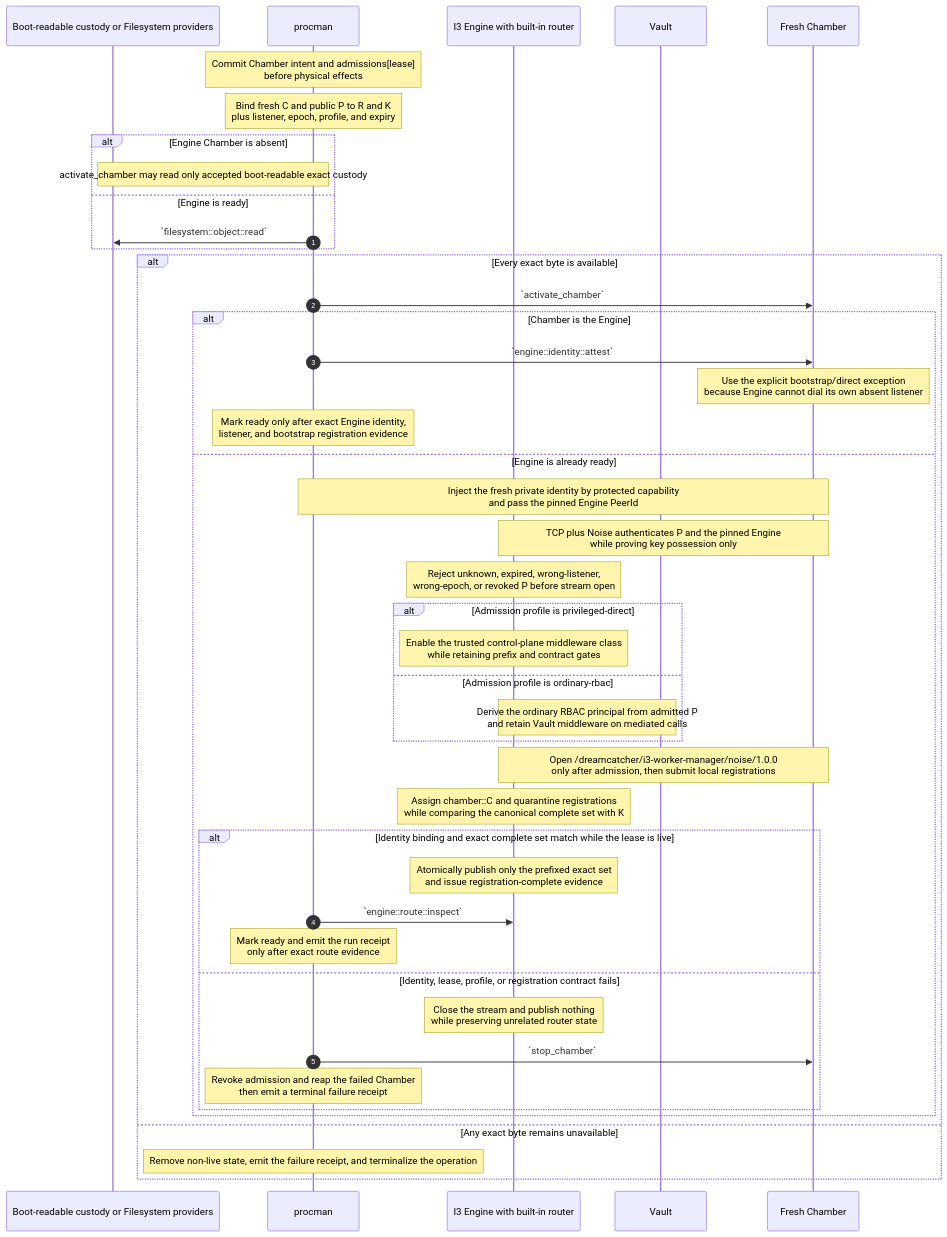
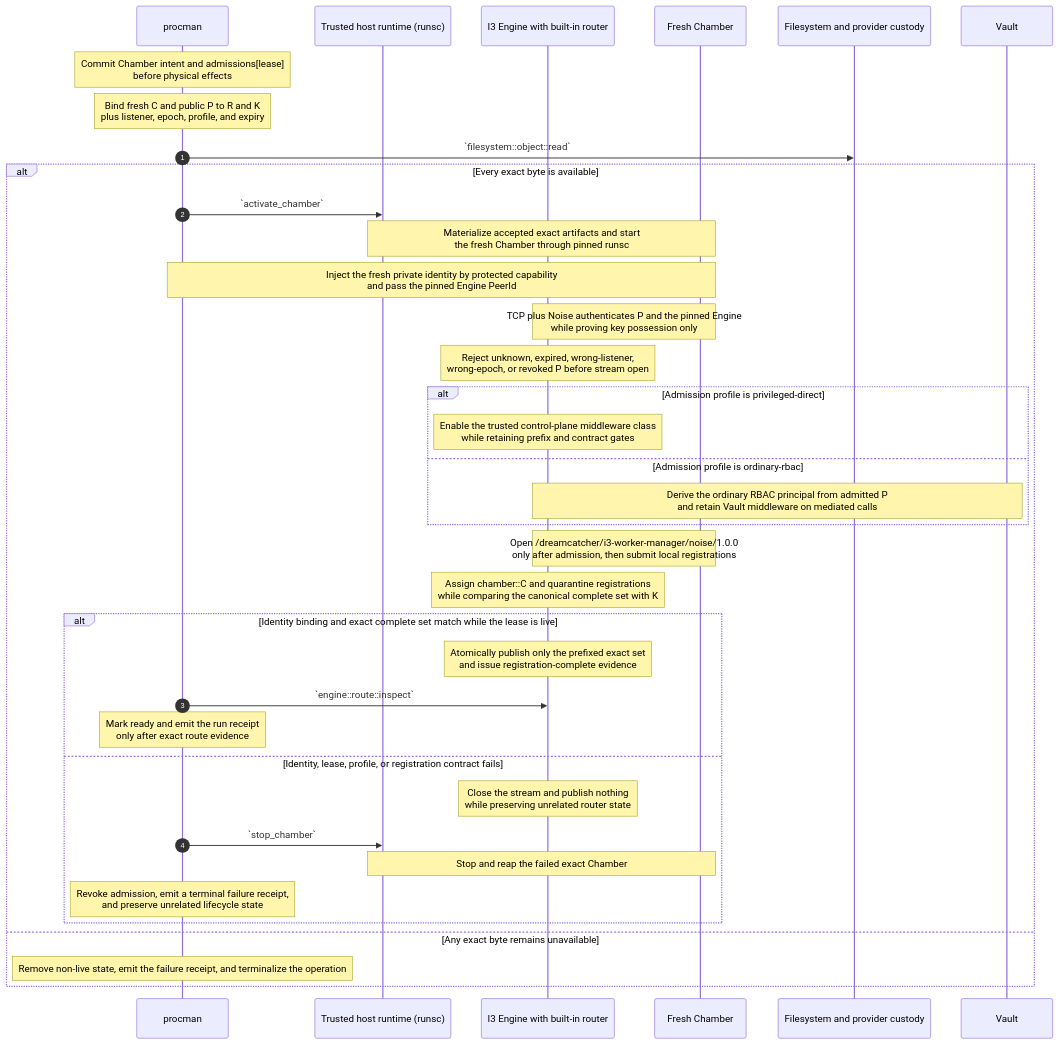
One commit to dreamcatcher-tech/chambers-lifecycle-explorer changed the second of 11 diagrams in source/chambers-lifecycle-sequences.md. Above: the diagram before and after it, drawn with Mermaid. The commit also changed other lines of this file and 9 other files, not shown here.

````diff
--- a/source/chambers-lifecycle-sequences.md
+++ b/source/chambers-lifecycle-sequences.md
@@ -420,49 +443,41 @@
 ```mermaid
 sequenceDiagram
     autonumber
-    participant Custody as Boot-readable custody or Filesystem providers
     participant procman
+    participant Runtime as Trusted host runtime (runsc)
     participant Engine as I3 Engine with built-in router
+    participant Chamber as Fresh Chamber
+    participant Custody as Filesystem and provider custody
     participant Vault
-    participant Chamber as Fresh Chamber
 
     Note over procman: Commit Chamber intent and admissions[lease]<br/>before physical effects
     Note over procman: Bind fresh C and public P to R and K<br/>plus listener, epoch, profile, and expiry
-
-    alt Engine Chamber is absent
-        Note over procman,Custody: activate_chamber may read only accepted boot-readable exact custody
-    else Engine is ready
-        procman->>Custody: `filesystem::object::read`
-    end
+    procman->>Custody: `filesystem::object::read`
 
     alt Every exact byte is available
-        procman->>Chamber: `activate_chamber`
-        alt Chamber is the Engine
-            procman->>Chamber: `engine::identity::attest`
-            Note over Chamber: Use the explicit bootstrap/direct exception<br/>because Engine cannot dial its own absent listener
-            Note over procman: Mark ready only after exact Engine identity,<br/>listener, and bootstrap registration evidence
-        else Engine is already ready
-            Note over procman,Chamber: Inject the fresh private identity by protected capability<br/>and pass the pinned Engine PeerId
-            Note over Chamber,Engine: TCP plus Noise authenticates P and the pinned Engine<br/>while proving key possession only
-            Note over Engine: Reject unknown, expired, wrong-listener,<br/>wrong-epoch, or revoked P before stream open
-            alt Admission profile is privileged-direct
-                Note over Engine: Enable the trusted control-plane middleware class<br/>while retaining prefix and contract gates
-            else Admission profile is ordinary-rbac
-                Note over Engine,Vault: Derive the ordinary RBAC principal from admitted P<br/>and retain Vault middleware on mediated calls
-            end
-            Note over Chamber,Engine: Open /dreamcatcher/i3-worker-manager/noise/1.0.0<br/>only after admission, then submit local registrations
-            Note over Engine: Assign chamber::C and quarantine registrations<br/>while comparing the canonical complete set with K
-            alt Identity binding and exact complete set match while the lease is live
-                Note over Engine: Atomically publish only the prefixed exact set<br/>and issue registration-complete evidence
-                procman->>Engine: `engine::route::inspect`
-                Note over procman: Mark ready and emit the run receipt<br/>only after exact route evidence
-            else Identity, lease, profile, or registration contract fails
-                Note over Engine: Close the stream and publish nothing<br/>while preserving unrelated router state
-                procman->>Chamber: `stop_chamber`
-                Note over procman: Revoke admission and reap the failed Chamber<br/>then emit a terminal failure receipt
-            end
+        procman->>Runtime: `activate_chamber`
+        Note over Runtime,Chamber: Materialize accepted exact artifacts and start<br/>the fresh Chamber through pinned runsc
+        Note over procman,Chamber: Inject the fresh private identity by protected capability<br/>and pass the pinned Engine PeerId
+        Note over Chamber,Engine: TCP plus Noise authenticates P and the pinned Engine<br/>while proving key possession only
+        Note over Engine: Reject unknown, expired, wrong-listener,<br/>wrong-epoch, or revoked P before stream open
+        alt Admission profile is privileged-direct
+            Note over Engine: Enable the trusted control-plane middleware class<br/>while retaining prefix and contract gates
+        else Admission profile is ordinary-rbac
+            Note over Engine,Vault: Derive the ordinary RBAC principal from admitted P<br/>and retain Vault middleware on mediated calls
+        end
+        Note over Chamber,Engine: Open /dreamcatcher/i3-worker-manager/noise/1.0.0<br/>only after admission, then submit local registrations
+        Note over Engine: Assign chamber::C and quarantine registrations<br/>while comparing the canonical complete set with K
+        alt Identity binding and exact complete set match while the lease is live
+            Note over Engine: Atomically publish only the prefixed exact set<br/>and issue registration-complete evidence
+            procman->>Engine: `engine::route::inspect`
+            Note over procman: Mark ready and emit the run receipt<br/>only after exact route evidence
+        else Identity, lease, profile, or registration contract fails
+            Note over Engine: Close the stream and publish nothing<br/>while preserving unrelated router state
+            procman->>Runtime: `stop_chamber`
+            Note over Runtime,Chamber: Stop and reap the failed exact Chamber
+            Note over procman: Revoke admission, emit a terminal failure receipt,<br/>and preserve unrelated lifecycle state
         end
     else Any exact byte remains unavailable
         Note over procman: Remove non-live state, emit the failure receipt, and terminalize the operation
     end
 ```
````
